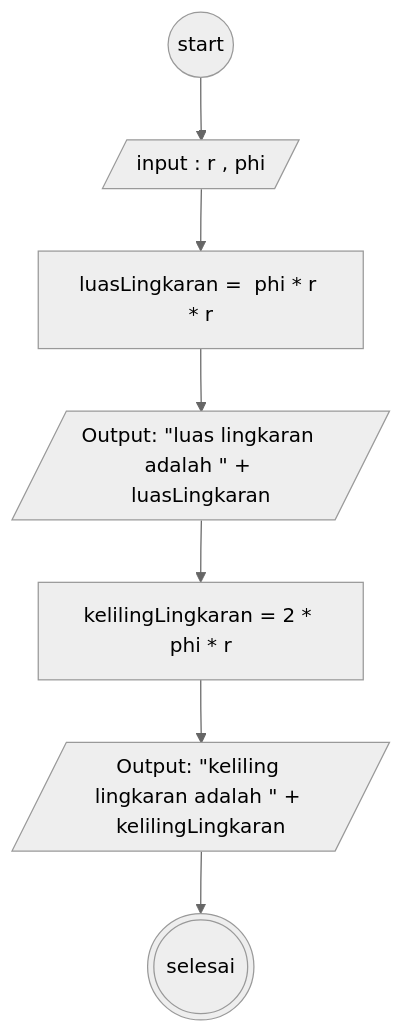
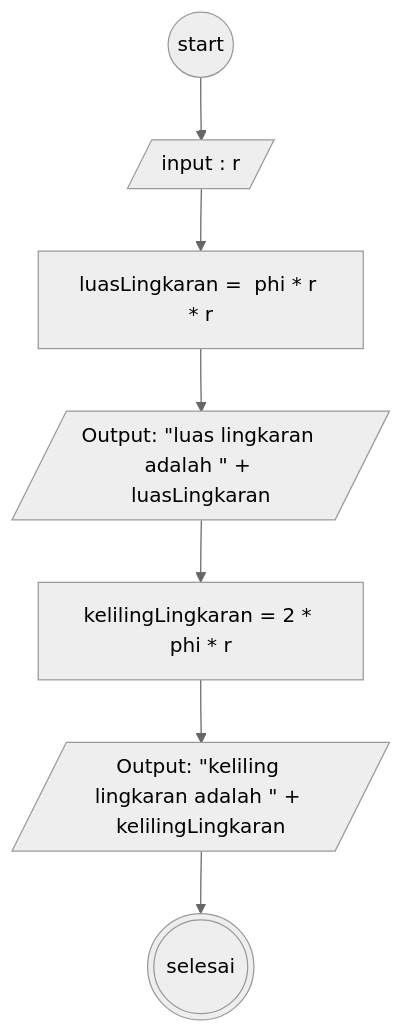
The diagram in README.md (adityabastyas/koda-b6-javascript1), drawn with Mermaid (neutral theme) before and after one commit. The commit also changed other lines of this file, not shown here.

Commit message:
Fix formatting in README.md for flowchart section

````diff
--- a/README.md
+++ b/README.md
@@ -7,18 +7,18 @@
 ```mermaid
 flowchart TD
 
   A@{shape: circle, label: "start"}
-  B@{shape: lean-r, label: "input : r , phi"}
+  B@{shape: lean-r, label: "input : r"}
   C@{shape: rect, label: "luasLingkaran =  phi * r * r"}
   D@{shape: lean-r, label: 'Output: "luas lingkaran adalah " + luasLingkaran'}
   E@{shape: rect, label: "kelilingLingkaran = 2 * phi * r"}
   F@{shape: lean-r, label: 'Output: "keliling lingkaran adalah " + kelilingLingkaran'}
   G@{shape: dbl-circ, label: "selesai"}
 
   A --> B
   B --> C
   C --> D
   D --> E
   E --> F
   F --> G
 ```
````
